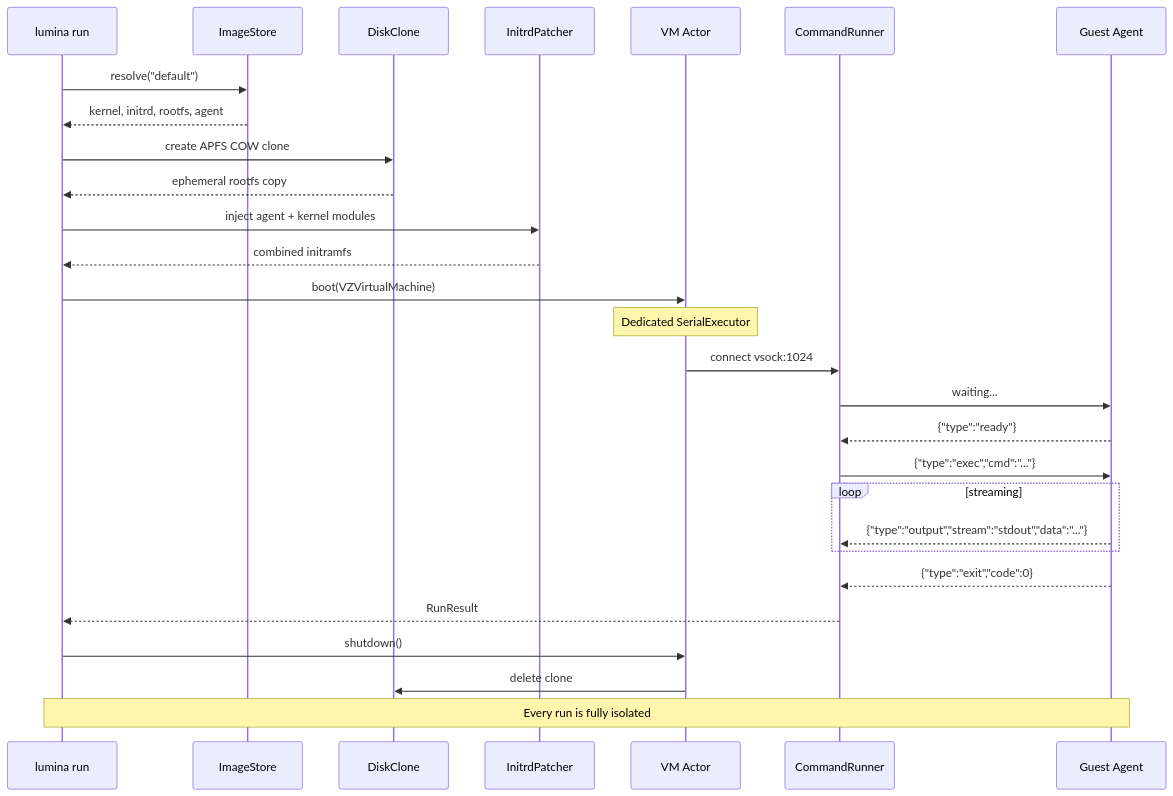
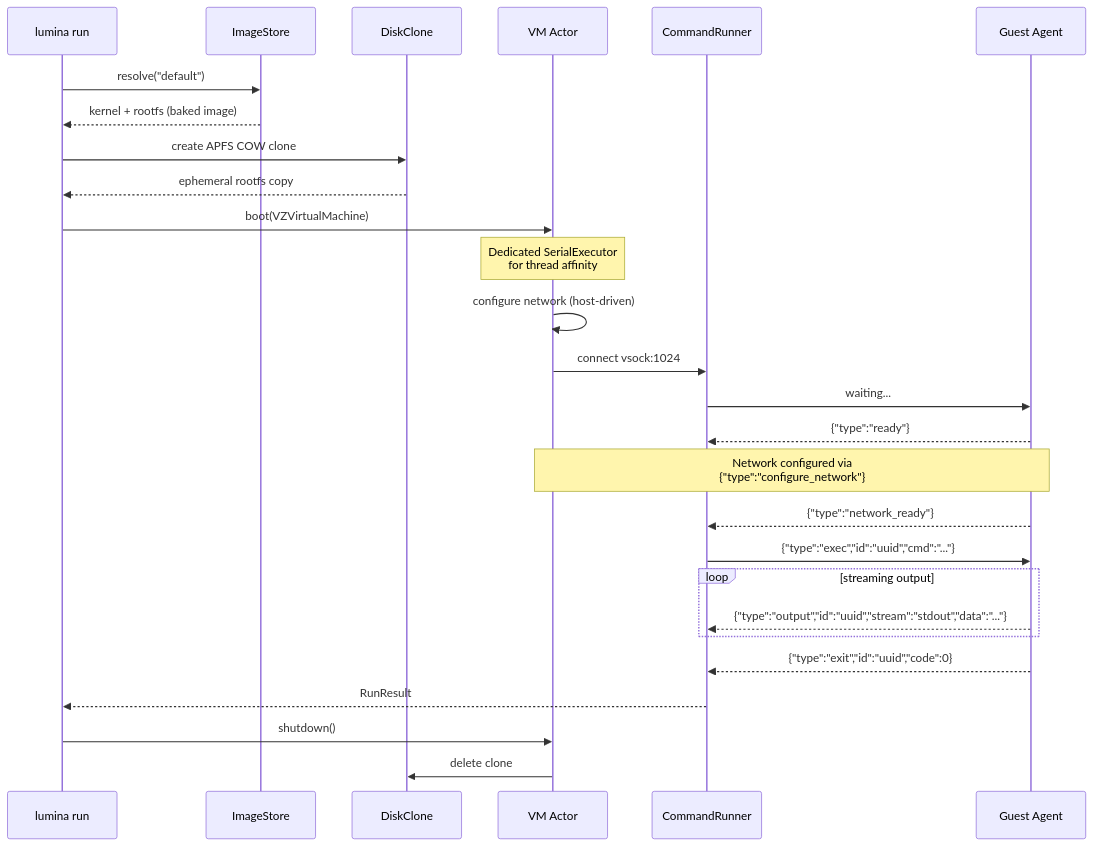
One commit to abdul-abdi/lumina changed the first of 3 diagrams in README.md. Above: the diagram before and after it, drawn with Mermaid. The commit also changed other lines of this file, not shown here.

First line of the commit message:
docs: complete README rewrite for CLI redesign

````diff
--- a/README.md
+++ b/README.md
@@ -348,31 +363,30 @@
 ```mermaid
 sequenceDiagram
     participant CLI as lumina run
     participant IS as ImageStore
     participant DC as DiskClone
-    participant IP as InitrdPatcher
     participant VM as VM Actor
     participant CR as CommandRunner
     participant GA as Guest Agent
 
     CLI->>IS: resolve("default")
-    IS-->>CLI: kernel, initrd, rootfs, agent
+    IS-->>CLI: kernel + rootfs (baked image)
     CLI->>DC: create APFS COW clone
     DC-->>CLI: ephemeral rootfs copy
-    CLI->>IP: inject agent + kernel modules
-    IP-->>CLI: combined initramfs
     CLI->>VM: boot(VZVirtualMachine)
-    Note over VM: Dedicated SerialExecutor
+    Note over VM: Dedicated SerialExecutor<br/>for thread affinity
+    VM->>VM: configure network (host-driven)
     VM->>CR: connect vsock:1024
     CR->>GA: waiting...
     GA-->>CR: {"type":"ready"}
-    CR->>GA: {"type":"exec","cmd":"..."}
-    loop streaming
-        GA-->>CR: {"type":"output","stream":"stdout","data":"..."}
+    Note over VM,GA: Network configured via<br/>{"type":"configure_network"}
+    GA-->>CR: {"type":"network_ready"}
+    CR->>GA: {"type":"exec","id":"uuid","cmd":"..."}
+    loop streaming output
+        GA-->>CR: {"type":"output","id":"uuid","stream":"stdout","data":"..."}
     end
-    GA-->>CR: {"type":"exit","code":0}
+    GA-->>CR: {"type":"exit","id":"uuid","code":0}
     CR-->>CLI: RunResult
     CLI->>VM: shutdown()
     VM->>DC: delete clone
-    Note over CLI,GA: Every run is fully isolated
 ```
````
